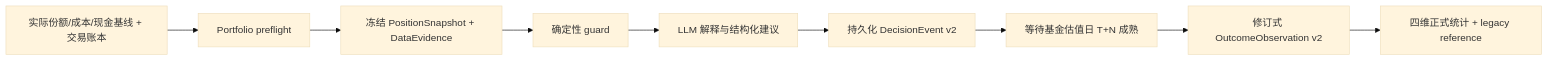
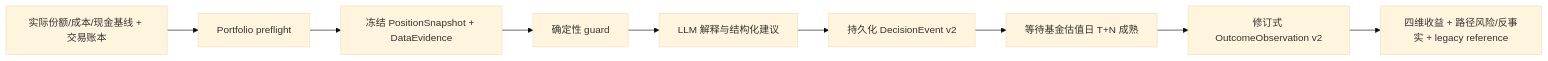
Before and after one commit to HLLLG/fundpilot-ai: the diagram in docs/DECISION_ACCURACY_V2.md, drawn with Mermaid (base theme). The commit also changed other lines of this file and 87 other files, not shown here.

````diff
--- a/docs/DECISION_ACCURACY_V2.md
+++ b/docs/DECISION_ACCURACY_V2.md
@@ -14,11 +14,11 @@
 ```mermaid
 flowchart LR
   A["实际份额/成本/现金基线 + 交易账本"] --> B["Portfolio preflight"]
   B --> C["冻结 PositionSnapshot + DataEvidence"]
   C --> D["确定性 guard"]
   D --> E["LLM 解释与结构化建议"]
   E --> F["持久化 DecisionEvent v2"]
   F --> G["等待基金估值日 T+N 成熟"]
   G --> H["修订式 OutcomeObservation v2"]
-  H --> I["四维正式统计 + legacy reference"]
+  H --> I["四维收益 + 路径风险/反事实 + legacy reference"]
 ```
````
